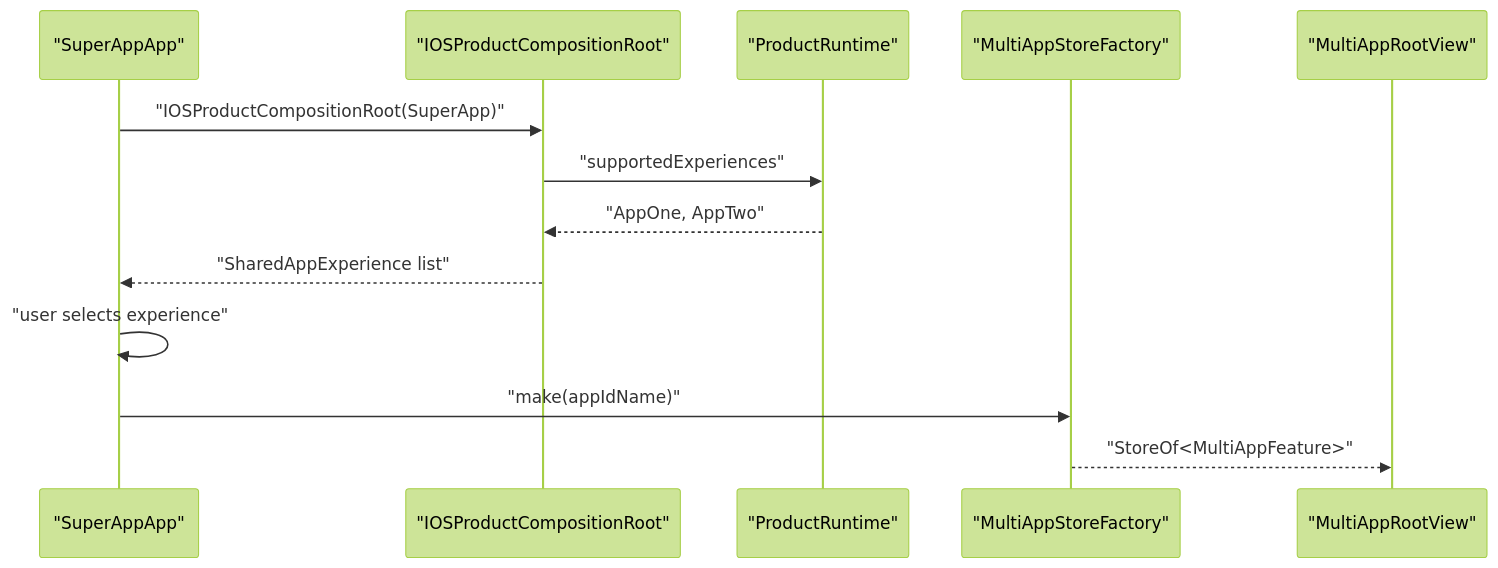
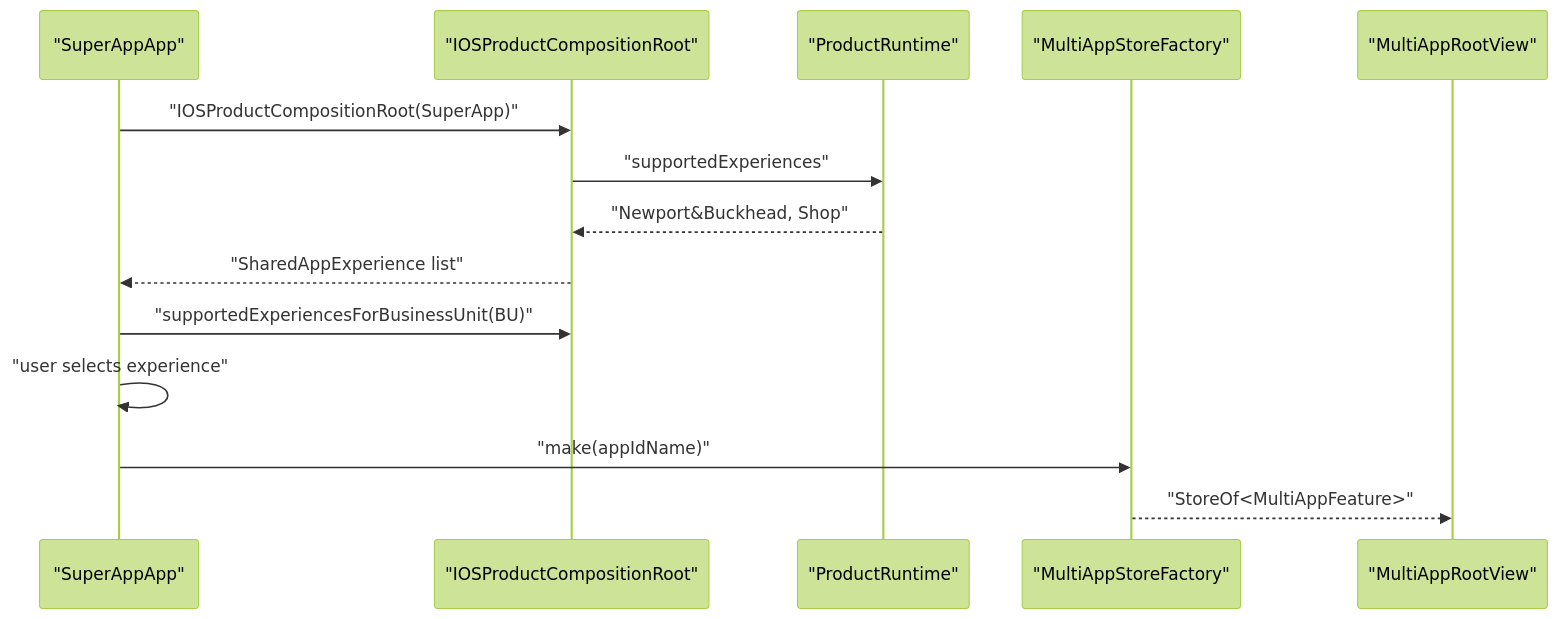
The third of 3 diagrams in README.md (a-e-s-h-m-a/kmp-multi-app), drawn with Mermaid (forest theme) before and after one commit. The commit also changed other lines of this file and 21 other files, not shown here.

````diff
--- a/README.md
+++ b/README.md
@@ -387,16 +456,17 @@
 ```mermaid
 sequenceDiagram
     participant SuperApp as "SuperAppApp"
     participant ProductRoot as "IOSProductCompositionRoot"
     participant ProductRuntime as "ProductRuntime"
     participant StoreFactory as "MultiAppStoreFactory"
     participant Experience as "MultiAppRootView"
 
     SuperApp->>ProductRoot: "IOSProductCompositionRoot(SuperApp)"
     ProductRoot->>ProductRuntime: "supportedExperiences"
-    ProductRuntime-->>ProductRoot: "AppOne, AppTwo"
+    ProductRuntime-->>ProductRoot: "Newport&Buckhead, Shop"
     ProductRoot-->>SuperApp: "SharedAppExperience list"
+    SuperApp->>ProductRoot: "supportedExperiencesForBusinessUnit(BU)"
     SuperApp->>SuperApp: "user selects experience"
     SuperApp->>StoreFactory: "make(appIdName)"
     StoreFactory-->>Experience: "StoreOf<MultiAppFeature>"
 ```
````
